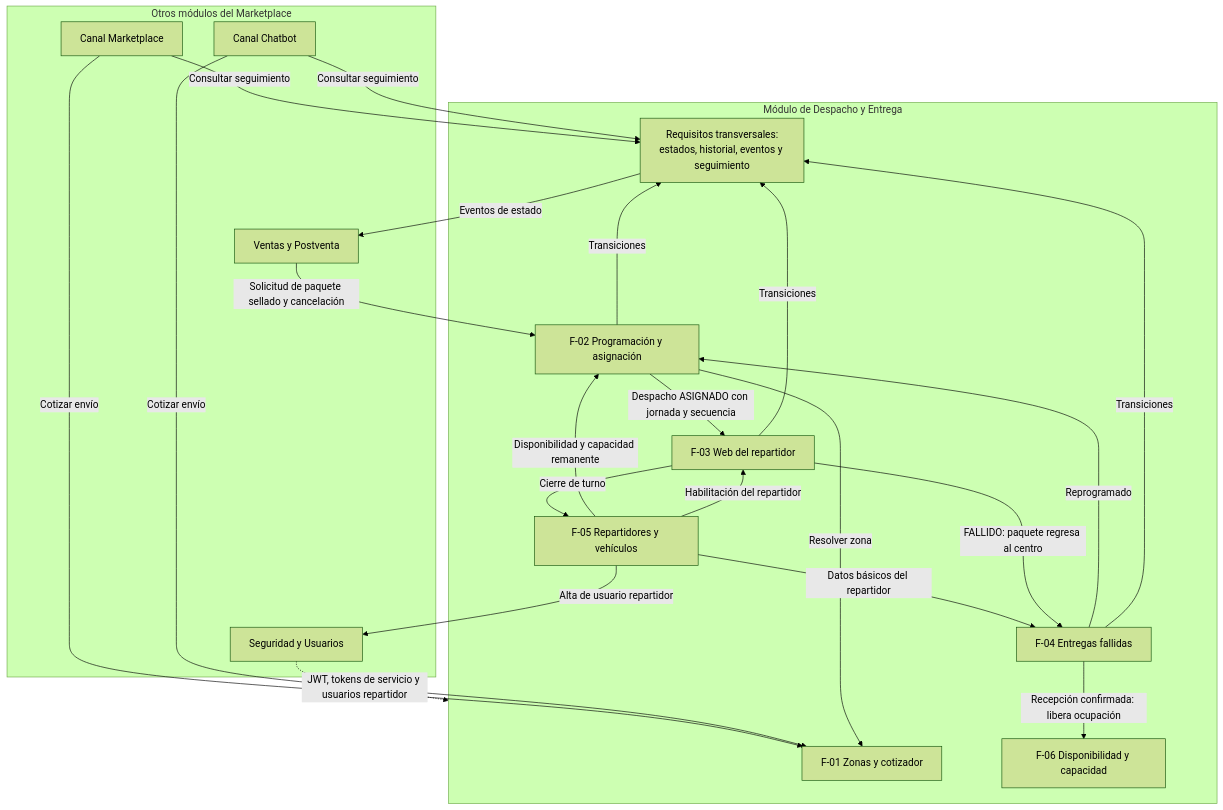
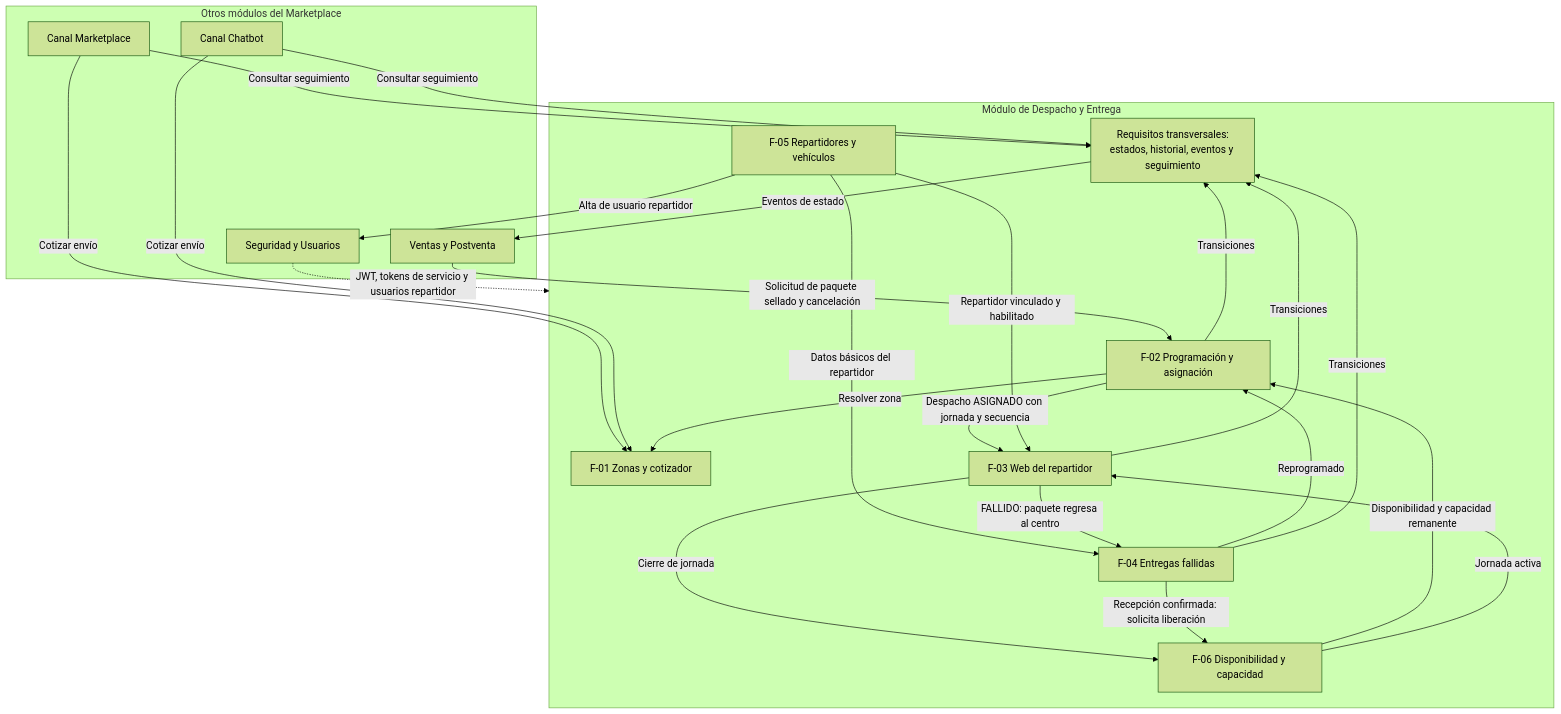
The diagram in overview.md (Taller-SW-Web/G2-Despacho-Specs), drawn with Mermaid (forest theme) before and after one commit. The commit also changed other lines of this file and 27 other files, not shown here.

````diff
--- a/overview.md
+++ b/overview.md
@@ -67,40 +68,41 @@
 ```mermaid
 graph TD
     subgraph Externos [Otros módulos del Marketplace]
         MKT[Canal Marketplace]
         CHT[Canal Chatbot]
         VEN[Ventas y Postventa]
         SEG[Seguridad y Usuarios]
     end
 
     subgraph Despacho [Módulo de Despacho y Entrega]
         F01["F-01 Zonas y cotizador"]
         F02["F-02 Programación y asignación"]
         F03["F-03 Web del repartidor"]
         F04["F-04 Entregas fallidas"]
         F05["F-05 Repartidores y vehículos"]
         F06["F-06 Disponibilidad y capacidad"]
         RT["Requisitos transversales:<br>estados, historial, eventos y seguimiento"]
     end
 
     MKT -->|Cotizar envío| F01
     CHT -->|Cotizar envío| F01
     VEN -->|Solicitud de paquete sellado y cancelación| F02
     F02 -->|Resolver zona| F01
-    F05 -->|Disponibilidad y capacidad remanente| F02
+    F06 -->|Disponibilidad y capacidad remanente| F02
     F02 -->|Despacho ASIGNADO con jornada y secuencia| F03
-    F05 -->|Habilitación del repartidor| F03
+    F05 -->|Repartidor vinculado y habilitado| F03
+    F06 -->|Jornada activa| F03
     F05 -->|Datos básicos del repartidor| F04
-    F03 -->|Cierre de turno| F05
+    F03 -->|Cierre de jornada| F06
     F03 -->|FALLIDO: paquete regresa al centro| F04
-    F04 -->|Recepción confirmada: libera ocupación| F06
+    F04 -->|Recepción confirmada: solicita liberación| F06
     F04 -->|Reprogramado| F02
     F02 -->|Transiciones| RT
     F03 -->|Transiciones| RT
     F04 -->|Transiciones| RT
     RT -->|Eventos de estado| VEN
     MKT -->|Consultar seguimiento| RT
     CHT -->|Consultar seguimiento| RT
     SEG -.->|JWT, tokens de servicio y usuarios repartidor| Despacho
     F05 -->|Alta de usuario repartidor| SEG
 ```
````
